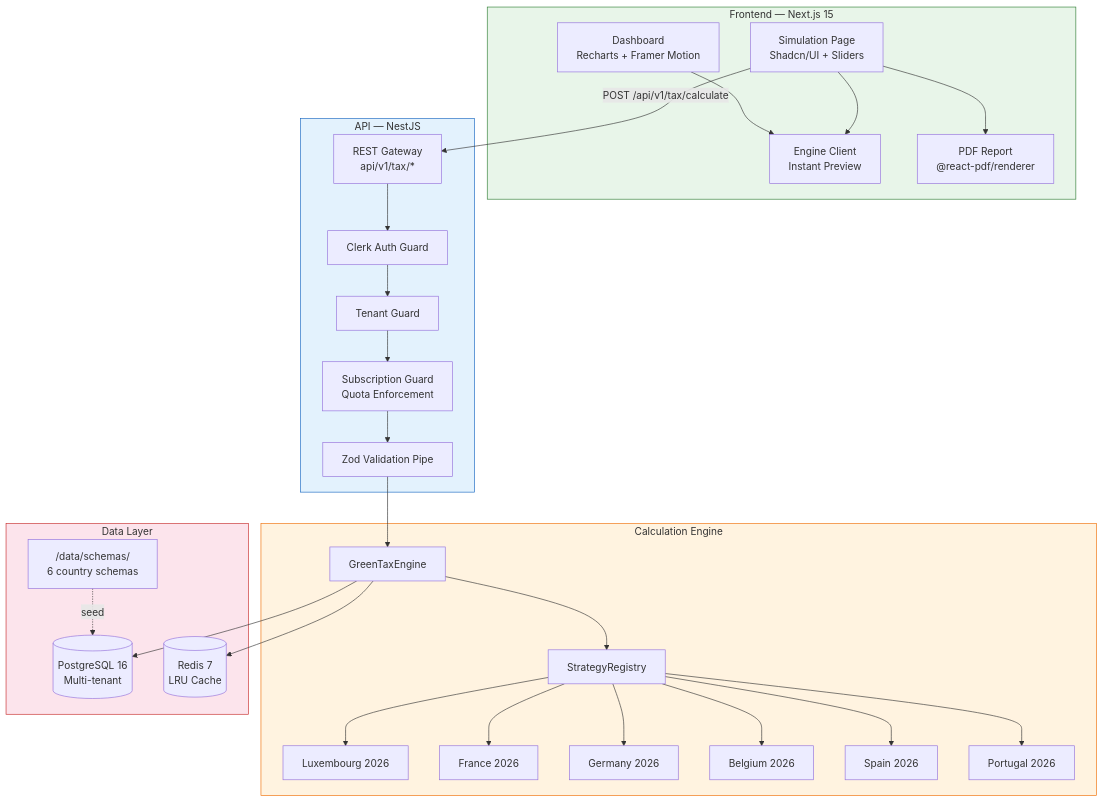
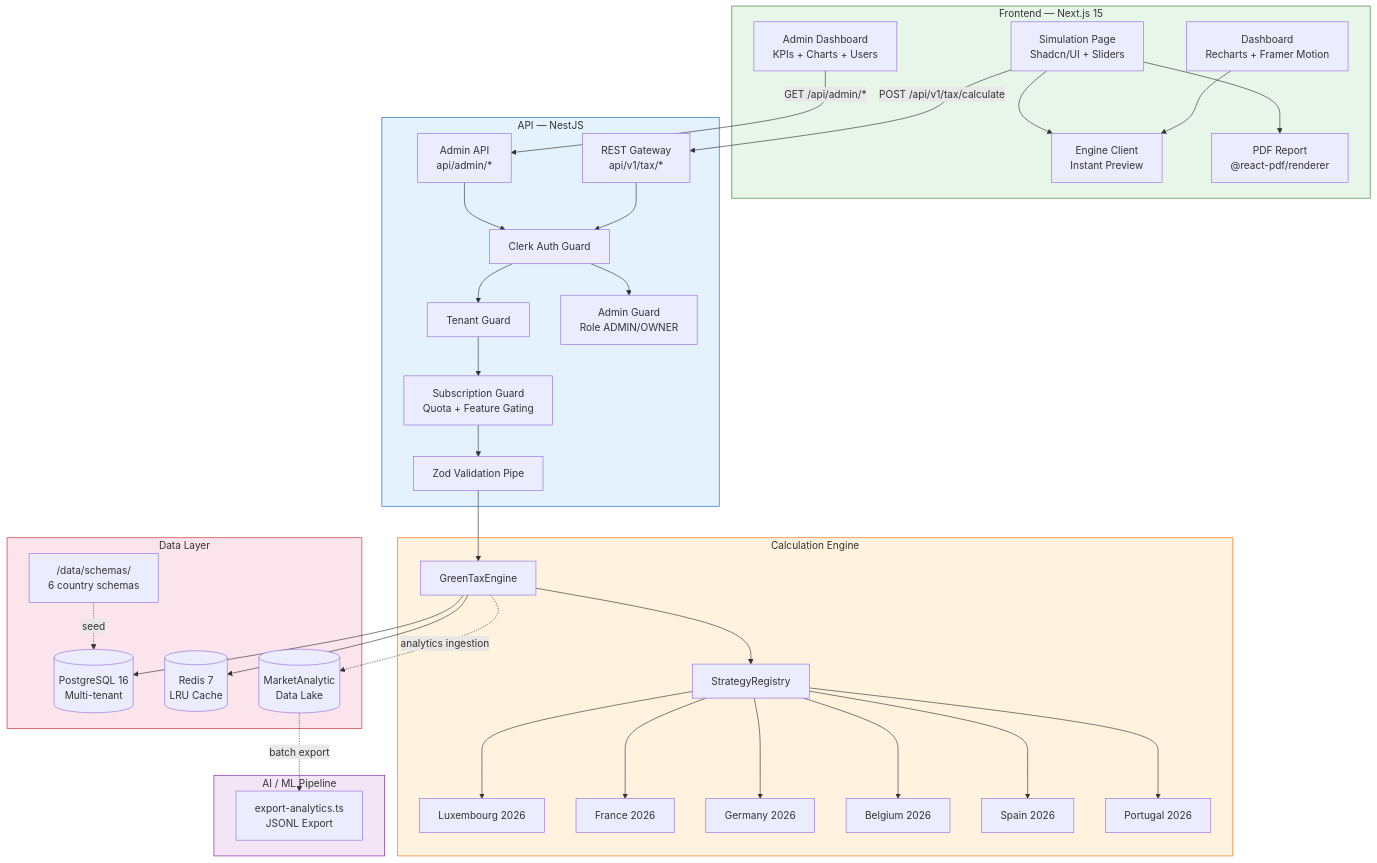
The second of 6 diagrams in README.md (nabz0r/Global-Green-Tax), drawn with Mermaid before and after one commit. The commit also changed other lines of this file and 1 other file, not shown here.

First line of the commit message:
docs: update README and architecture for Freemium tier, admin dashboard, data lake & AI pipeline

````diff
--- a/README.md
+++ b/README.md
@@ -94,50 +96,63 @@
 ```mermaid
 graph TB
     subgraph Client["Frontend — Next.js 15"]
         UI[Dashboard<br/>Recharts + Framer Motion]
         SIM[Simulation Page<br/>Shadcn/UI + Sliders]
         EC[Engine Client<br/>Instant Preview]
         PDF[PDF Report<br/>@react-pdf/renderer]
+        ADMIN_UI[Admin Dashboard<br/>KPIs + Charts + Users]
     end
 
     subgraph API["API — NestJS"]
         GW[REST Gateway<br/>api/v1/tax/*]
         AUTH[Clerk Auth Guard]
         TENANT[Tenant Guard]
-        QUOTA[Subscription Guard<br/>Quota Enforcement]
+        QUOTA[Subscription Guard<br/>Quota + Feature Gating]
         ZOD[Zod Validation Pipe]
+        ADMIN_API[Admin API<br/>api/admin/*]
+        ADMIN_G[Admin Guard<br/>Role ADMIN/OWNER]
     end
 
     subgraph Engine["Calculation Engine"]
         ENG[GreenTaxEngine]
         REG[StrategyRegistry]
         LU[Luxembourg 2026]
         FR[France 2026]
         DE[Germany 2026]
         BE[Belgium 2026]
         ES[Spain 2026]
         PT[Portugal 2026]
     end
 
     subgraph Data["Data Layer"]
         PG[(PostgreSQL 16<br/>Multi-tenant)]
         RD[(Redis 7<br/>LRU Cache)]
+        DL[(MarketAnalytic<br/>Data Lake)]
         JSON["/data/schemas/<br/>6 country schemas"]
+    end
+
+    subgraph AI["AI / ML Pipeline"]
+        EXPORT[export-analytics.ts<br/>JSONL Export]
     end
 
     UI --> EC
     SIM --> EC
     SIM --> PDF
     SIM -->|POST /api/v1/tax/calculate| GW
     GW --> AUTH --> TENANT --> QUOTA --> ZOD --> ENG
+    ADMIN_UI -->|GET /api/admin/*| ADMIN_API
+    ADMIN_API --> AUTH --> ADMIN_G
     ENG --> REG
     REG --> LU & FR & DE & BE & ES & PT
     ENG --> PG
     ENG --> RD
+    ENG -.->|analytics ingestion| DL
+    DL -.->|batch export| EXPORT
     JSON -.->|seed| PG
 
     style Client fill:#e8f5e9,stroke:#2e7d32
     style API fill:#e3f2fd,stroke:#1565c0
     style Engine fill:#fff3e0,stroke:#ef6c00
     style Data fill:#fce4ec,stroke:#c62828
+    style AI fill:#f3e5f5,stroke:#7b1fa2
 ```
````
